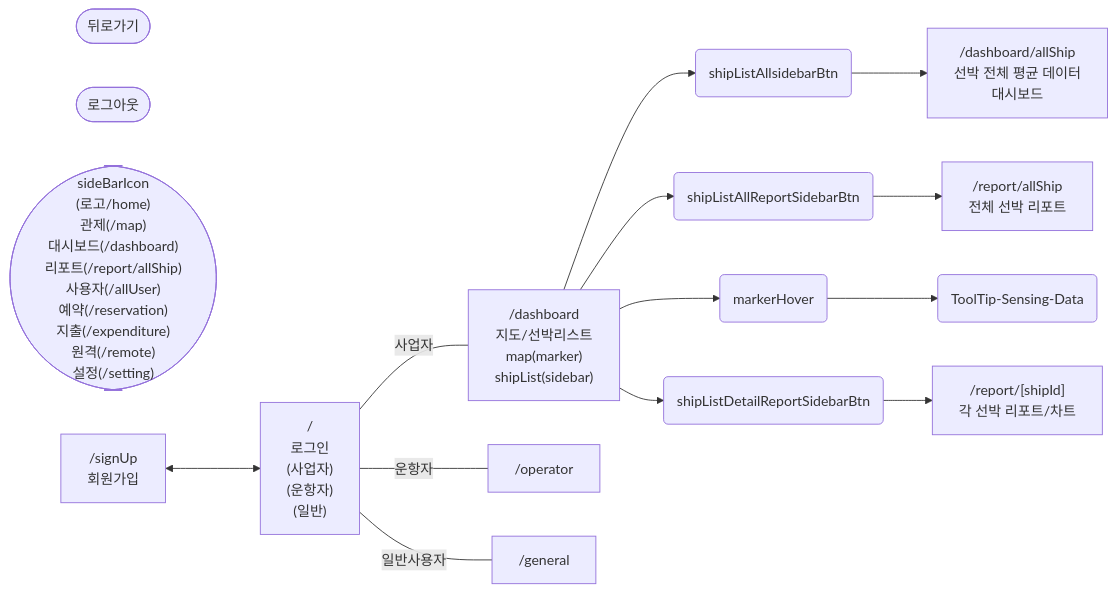
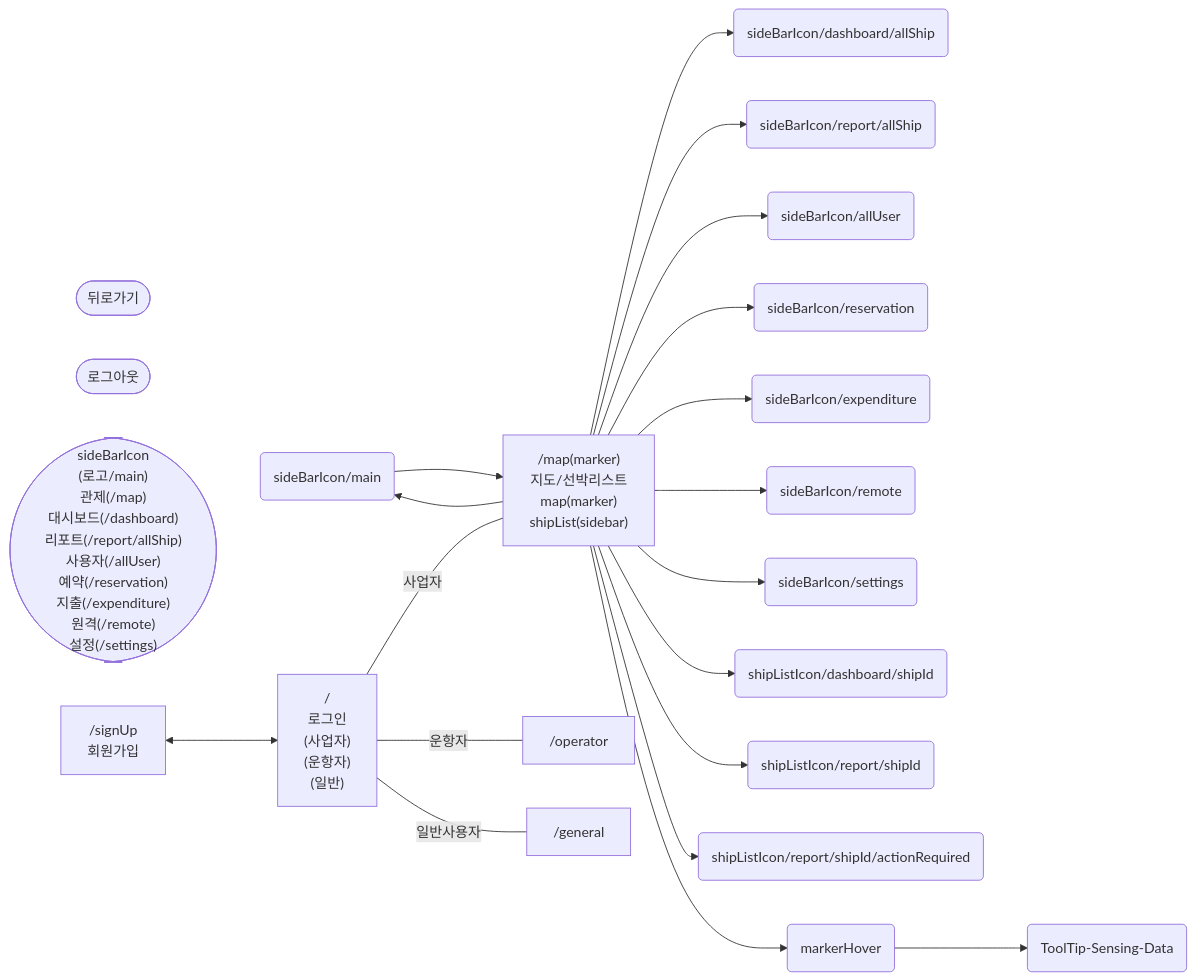
Before and after one commit to SAHA-YJB/IoT-page-flow: the diagram in ioTUserFlow.md, drawn with Mermaid.

Commit message:
사업자 1차 네비 정리

````diff
--- a/ioTUserFlow.md
+++ b/ioTUserFlow.md
@@ -3,63 +3,77 @@
 ```mermaid
 flowchart LR
    뒤로가기([뒤로가기])
    로그아웃([로그아웃])
 
    아이콘(["sideBarIcon
-   (로고/home)
+   (로고/main)
    관제(/map)
    대시보드(/dashboard)
    리포트(/report/allShip)
    사용자(/allUser)
    예약(/reservation)
    지출(/expenditure)
    원격(/remote)
-   설정(/setting)"])
+   설정(/settings)"])
 
 
+   sideBarIcon/main(sideBarIcon/main)
+   sideBarIcon/dashboard/allShip(sideBarIcon/dashboard/allShip)
+   sideBarIcon/report/allShip(sideBarIcon/report/allShip)
+   sideBarIcon/allUser(sideBarIcon/allUser)
+   sideBarIcon/reservation(sideBarIcon/reservation)
+   sideBarIcon/expenditure(sideBarIcon/expenditure)
+   sideBarIcon/expenditure(sideBarIcon/expenditure)
+   sideBarIcon/remote(sideBarIcon/remote)
+   sideBarIcon/settings(sideBarIcon/settings)
 
-   shipListAllBtn(shipListAllsidebarBtn)
-   shipListAllReportBtn(shipListAllReportSidebarBtn)
-   shipListDetailReportBtn(shipListDetailReportSidebarBtn)
+   shipListIcon/dashboard/shipId(shipListIcon/dashboard/shipId)
+   shipListIcon/report/shipId(shipListIcon/report/shipId)
+   shipListIcon/report/shipId/actionRequired(shipListIcon/report/shipId/actionRequired)
+
    markerHover(markerHover)
 
    회원가입["`/signUp
    회원가입`"]
 
    통합로그인["`/
    로그인
    (사업자)
    (운항자)
    (일반)`"]
 
-   사업자["`/dashboard
+   사업자["`/map(marker)
    지도/선박리스트
    map(marker)
    shipList(sidebar)
    `"]
 
    운항자["`/operator
    `"]
 
    일반사용자["`/general
    `"]
 
-   대시보드["`/dashboard/allShip
-   선박 전체 평균 데이터
-   대시보드`"]
+   회원가입 <--> 통합로그인
 
-   전체리포트["`/report/allShip
-   전체 선박 리포트`"]
-
-   각선박리포트차트["`/report/[shipId]
-   각 선박 리포트/차트`"]
-
-   회원가입 <--> 통합로그인
    통합로그인-- 사업자 --- 사업자
    통합로그인-- 운항자 --- 운항자
    통합로그인-- 일반사용자 --- 일반사용자
-   사업자 --> shipListAllBtn --> 대시보드
-   사업자 --> shipListAllReportBtn --> 전체리포트
+
+   sideBarIcon/main --> 사업자
+   사업자 --> sideBarIcon/main
+
+   사업자 --> sideBarIcon/dashboard/allShip
+   사업자 --> sideBarIcon/report/allShip
+   사업자 --> sideBarIcon/allUser
+   사업자 --> sideBarIcon/reservation
+   사업자 --> sideBarIcon/expenditure
+   사업자 --> sideBarIcon/remote
+   사업자 --> sideBarIcon/settings
+
+   사업자 --> shipListIcon/dashboard/shipId
+   사업자--> shipListIcon/report/shipId
+   사업자--> shipListIcon/report/shipId/actionRequired
+
    사업자--> markerHover --> 툴팁(ToolTip-Sensing-Data)
-   사업자--> shipListDetailReportBtn --> 각선박리포트차트
 ```
````
